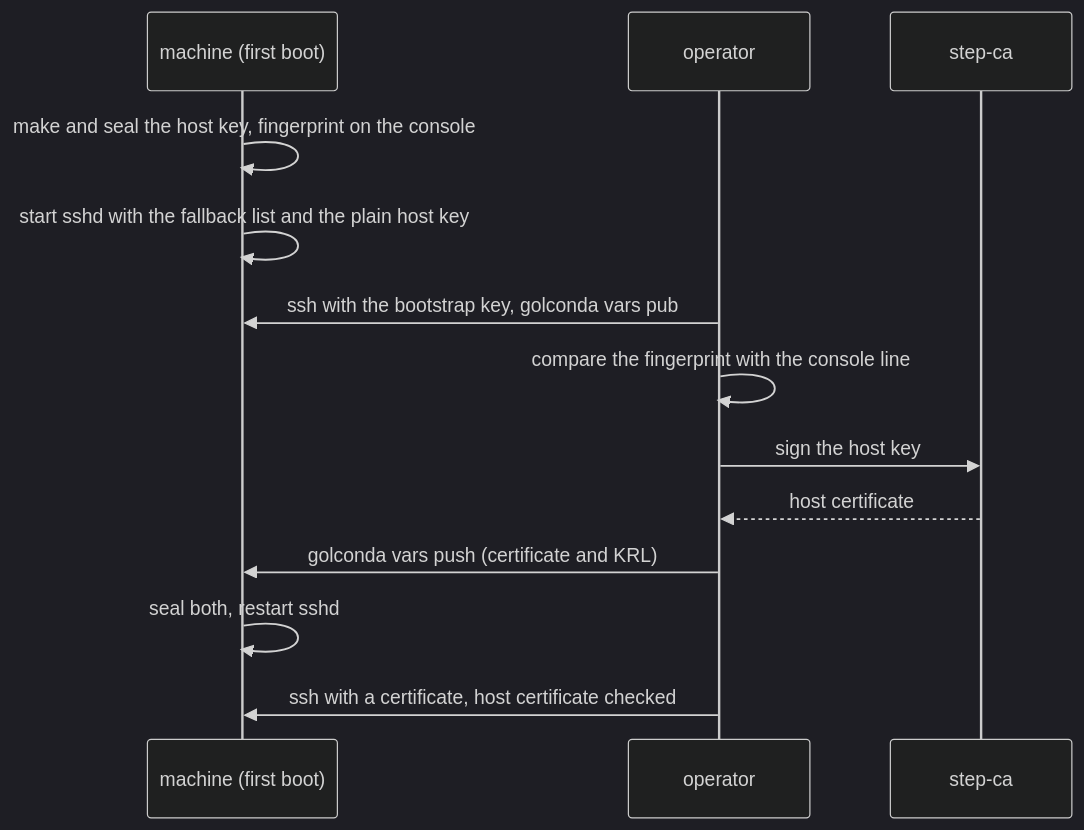
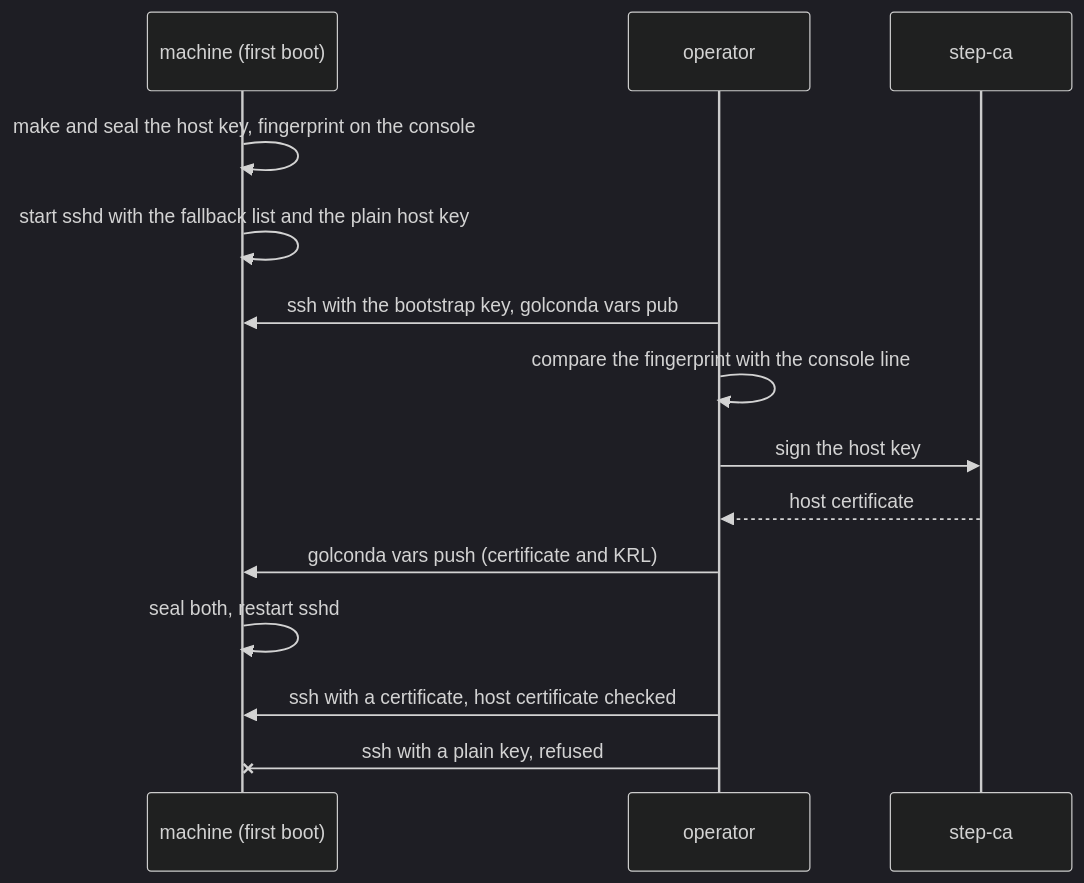
One commit to slophaer/golconda changed the fifth of 5 diagrams in docs/design/trust.md. Above: the diagram before and after it, drawn with Mermaid (dark theme). The commit also changed other lines of this file and 8 other files, not shown here.

````diff
--- a/docs/design/trust.md
+++ b/docs/design/trust.md
@@ -337,15 +337,16 @@
 ```mermaid
 sequenceDiagram
   participant M as machine (first boot)
   participant O as operator
   participant C as step-ca
   M->>M: make and seal the host key, fingerprint on the console
   M->>M: start sshd with the fallback list and the plain host key
   O->>M: ssh with the bootstrap key, golconda vars pub
   O->>O: compare the fingerprint with the console line
   O->>C: sign the host key
   C-->>O: host certificate
   O->>M: golconda vars push (certificate and KRL)
   M->>M: seal both, restart sshd
   O->>M: ssh with a certificate, host certificate checked
+  O-xM: ssh with a plain key, refused
 ```
````
